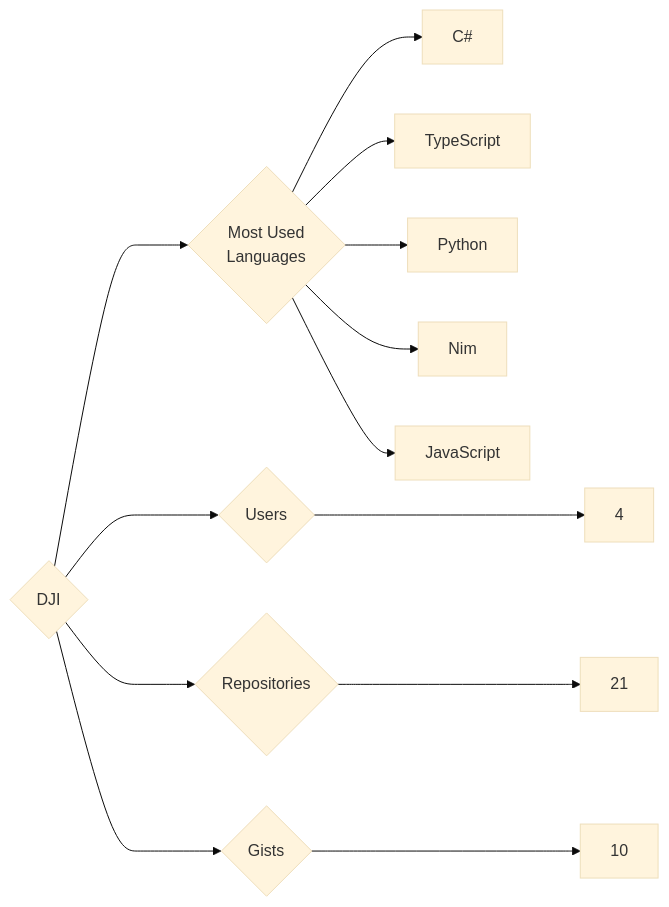
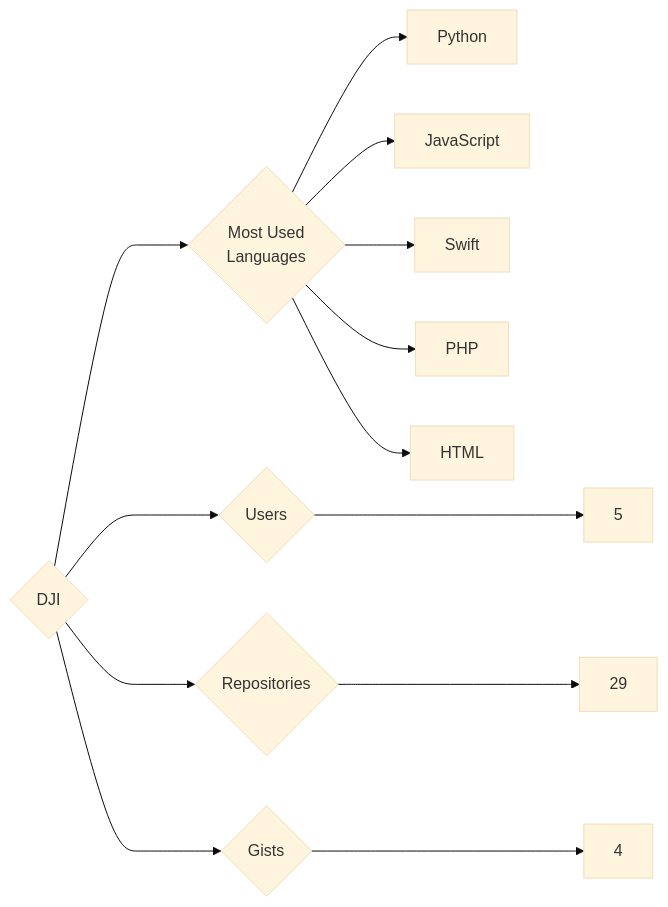
The diagram in targets/DJI/README.md (trickest/insiders), drawn with Mermaid (base theme) before and after one commit. The commit also changed 1195 other files, not shown here.

````diff
--- a/targets/DJI/README.md
+++ b/targets/DJI/README.md
@@ -3,13 +3,13 @@
 ```mermaid
 graph LR
 COMPANY_NAME{DJI}
-COMPANY_NAME ---> U{Users} ---> UN[4]
-COMPANY_NAME ---> R{Repositories} ---> RN[21]
-COMPANY_NAME ---> G{Gists} ---> GN[10]
+COMPANY_NAME ---> U{Users} ---> UN[5]
+COMPANY_NAME ---> R{Repositories} ---> RN[29]
+COMPANY_NAME ---> G{Gists} ---> GN[4]
 COMPANY_NAME ---> ML{Most Used<br>Languages}
-ML --> C#[C#]
-ML --> TypeScript[TypeScript]
 ML --> Python[Python]
-ML --> Nim[Nim]
 ML --> JavaScript[JavaScript]
+ML --> Swift[Swift]
+ML --> PHP[PHP]
+ML --> HTML[HTML]
 ```
````
